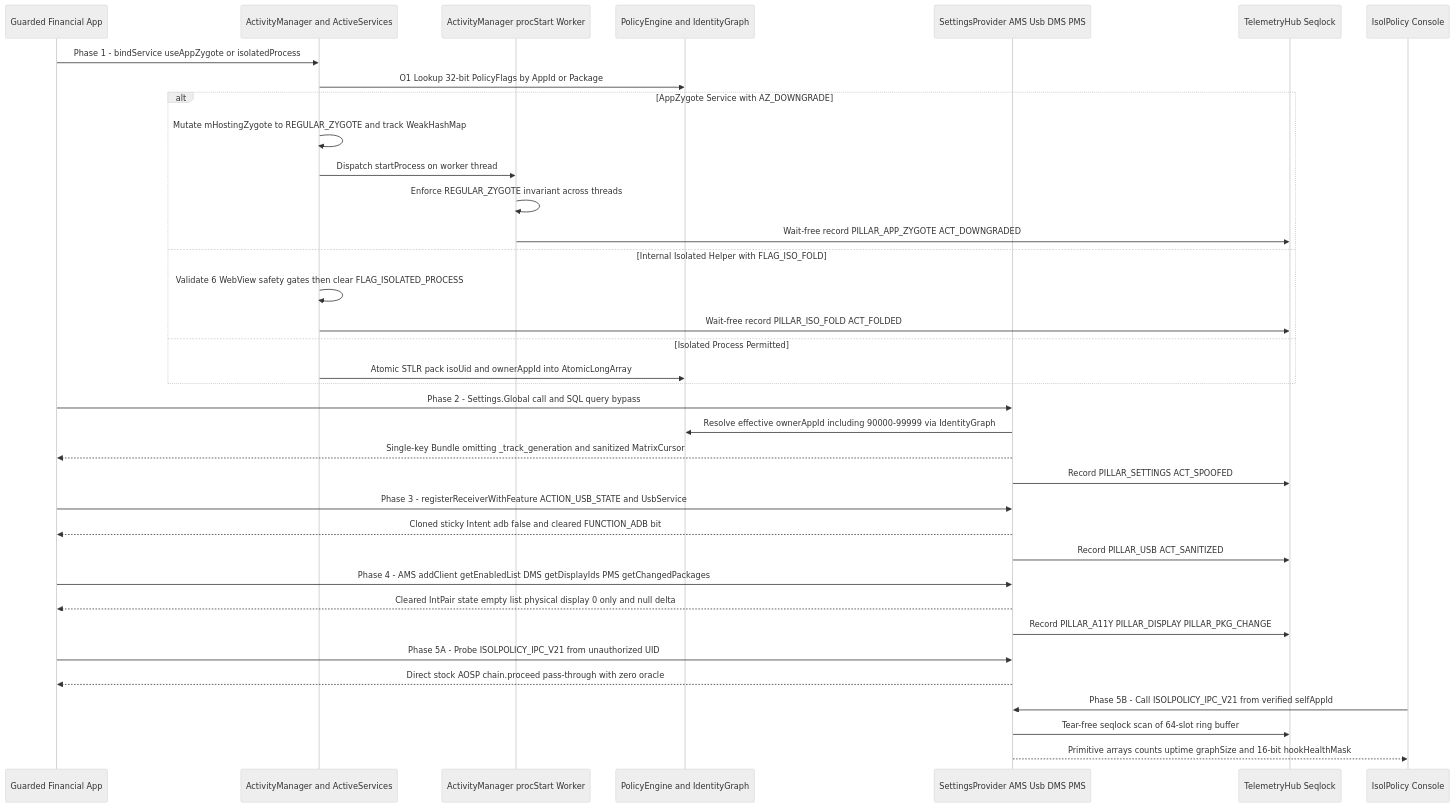
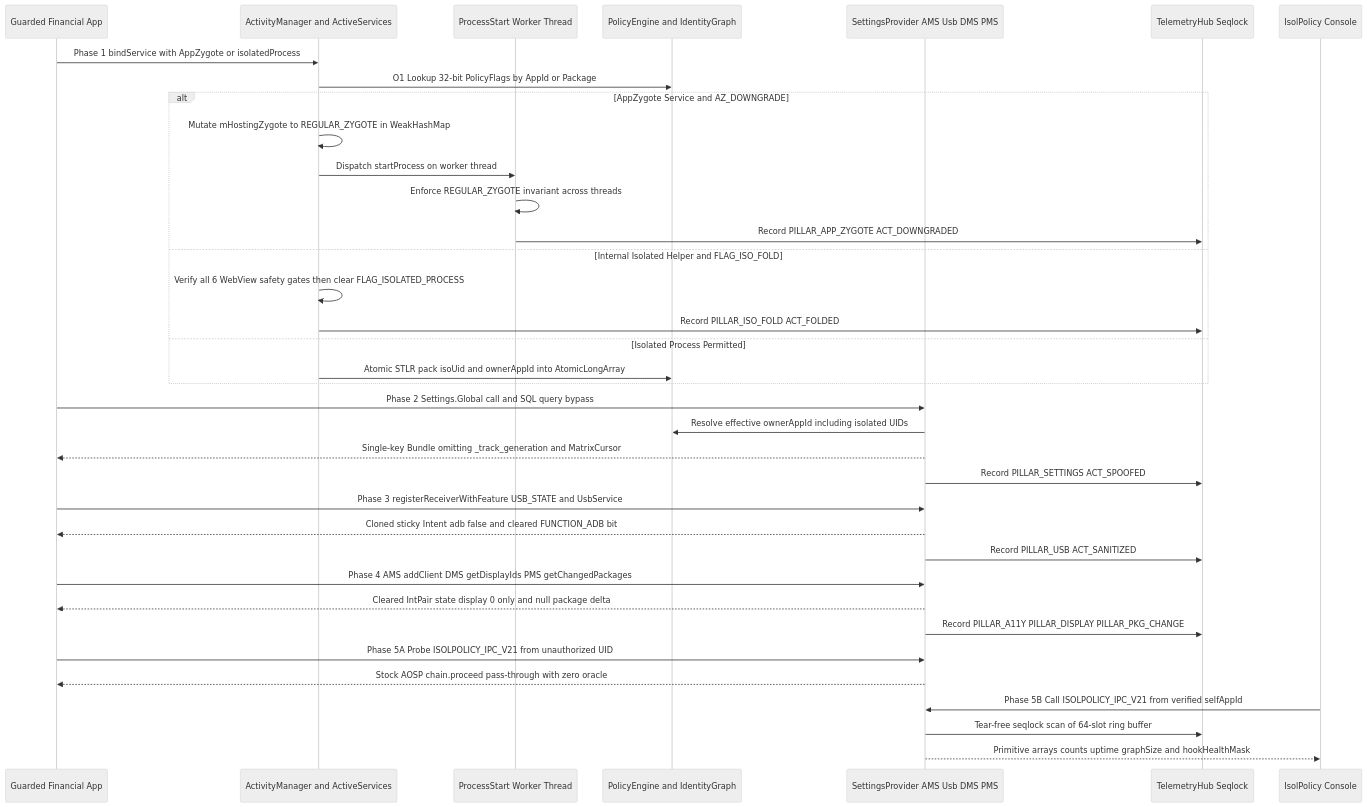
Before and after one commit to taro902/IsolPolicy-Pro: the second of 3 diagrams in README.md, drawn with Mermaid (neutral theme). The commit also changed other lines of this file, not shown here.

Commit message:
docs: fix GitHub viewscreen Mermaid rendering and upgrade 13-chapter architectural README

```diff
--- a/README.md
+++ b/README.md
@@ -241,44 +528,44 @@
 ~~~mermaid
 sequenceDiagram
     participant App as Guarded Financial App
     participant AM as ActivityManager and ActiveServices
-    participant ProcT as ActivityManager procStart Worker
+    participant ProcT as ProcessStart Worker Thread
     participant Eng as PolicyEngine and IdentityGraph
     participant Svc as SettingsProvider AMS Usb DMS PMS
     participant Hub as TelemetryHub Seqlock
     participant UI as IsolPolicy Console
 
-    App->>AM: Phase 1 - bindService useAppZygote or isolatedProcess
+    App->>AM: Phase 1 bindService with AppZygote or isolatedProcess
     AM->>Eng: O1 Lookup 32-bit PolicyFlags by AppId or Package
-    alt AppZygote Service with AZ_DOWNGRADE
-        AM->>AM: Mutate mHostingZygote to REGULAR_ZYGOTE and track WeakHashMap
+    alt AppZygote Service and AZ_DOWNGRADE
+        AM->>AM: Mutate mHostingZygote to REGULAR_ZYGOTE in WeakHashMap
         AM->>ProcT: Dispatch startProcess on worker thread
         ProcT->>ProcT: Enforce REGULAR_ZYGOTE invariant across threads
-        ProcT->>Hub: Wait-free record PILLAR_APP_ZYGOTE ACT_DOWNGRADED
-    else Internal Isolated Helper with FLAG_ISO_FOLD
-        AM->>AM: Validate 6 WebView safety gates then clear FLAG_ISOLATED_PROCESS
-        AM->>Hub: Wait-free record PILLAR_ISO_FOLD ACT_FOLDED
+        ProcT->>Hub: Record PILLAR_APP_ZYGOTE ACT_DOWNGRADED
+    else Internal Isolated Helper and FLAG_ISO_FOLD
+        AM->>AM: Verify all 6 WebView safety gates then clear FLAG_ISOLATED_PROCESS
+        AM->>Hub: Record PILLAR_ISO_FOLD ACT_FOLDED
     else Isolated Process Permitted
         AM->>Eng: Atomic STLR pack isoUid and ownerAppId into AtomicLongArray
     end
 
-    App->>Svc: Phase 2 - Settings.Global call and SQL query bypass
-    Svc->>Eng: Resolve effective ownerAppId including 90000-99999 via IdentityGraph
-    Svc-->>App: Single-key Bundle omitting _track_generation and sanitized MatrixCursor
+    App->>Svc: Phase 2 Settings.Global call and SQL query bypass
+    Svc->>Eng: Resolve effective ownerAppId including isolated UIDs
+    Svc-->>App: Single-key Bundle omitting _track_generation and MatrixCursor
     Svc->>Hub: Record PILLAR_SETTINGS ACT_SPOOFED
 
-    App->>Svc: Phase 3 - registerReceiverWithFeature ACTION_USB_STATE and UsbService
+    App->>Svc: Phase 3 registerReceiverWithFeature USB_STATE and UsbService
     Svc-->>App: Cloned sticky Intent adb false and cleared FUNCTION_ADB bit
     Svc->>Hub: Record PILLAR_USB ACT_SANITIZED
 
-    App->>Svc: Phase 4 - AMS addClient getEnabledList DMS getDisplayIds PMS getChangedPackages
-    Svc-->>App: Cleared IntPair state empty list physical display 0 only and null delta
+    App->>Svc: Phase 4 AMS addClient DMS getDisplayIds PMS getChangedPackages
+    Svc-->>App: Cleared IntPair state display 0 only and null package delta
     Svc->>Hub: Record PILLAR_A11Y PILLAR_DISPLAY PILLAR_PKG_CHANGE
 
-    App->>Svc: Phase 5A - Probe ISOLPOLICY_IPC_V21 from unauthorized UID
-    Svc-->>App: Direct stock AOSP chain.proceed pass-through with zero oracle
+    App->>Svc: Phase 5A Probe ISOLPOLICY_IPC_V21 from unauthorized UID
+    Svc-->>App: Stock AOSP chain.proceed pass-through with zero oracle
 
-    UI->>Svc: Phase 5B - Call ISOLPOLICY_IPC_V21 from verified selfAppId
+    UI->>Svc: Phase 5B Call ISOLPOLICY_IPC_V21 from verified selfAppId
     Svc->>Hub: Tear-free seqlock scan of 64-slot ring buffer
-    Svc-->>UI: Primitive arrays counts uptime graphSize and 16-bit hookHealthMask
+    Svc-->>UI: Primitive arrays counts uptime graphSize and hookHealthMask
 ~~~
```
